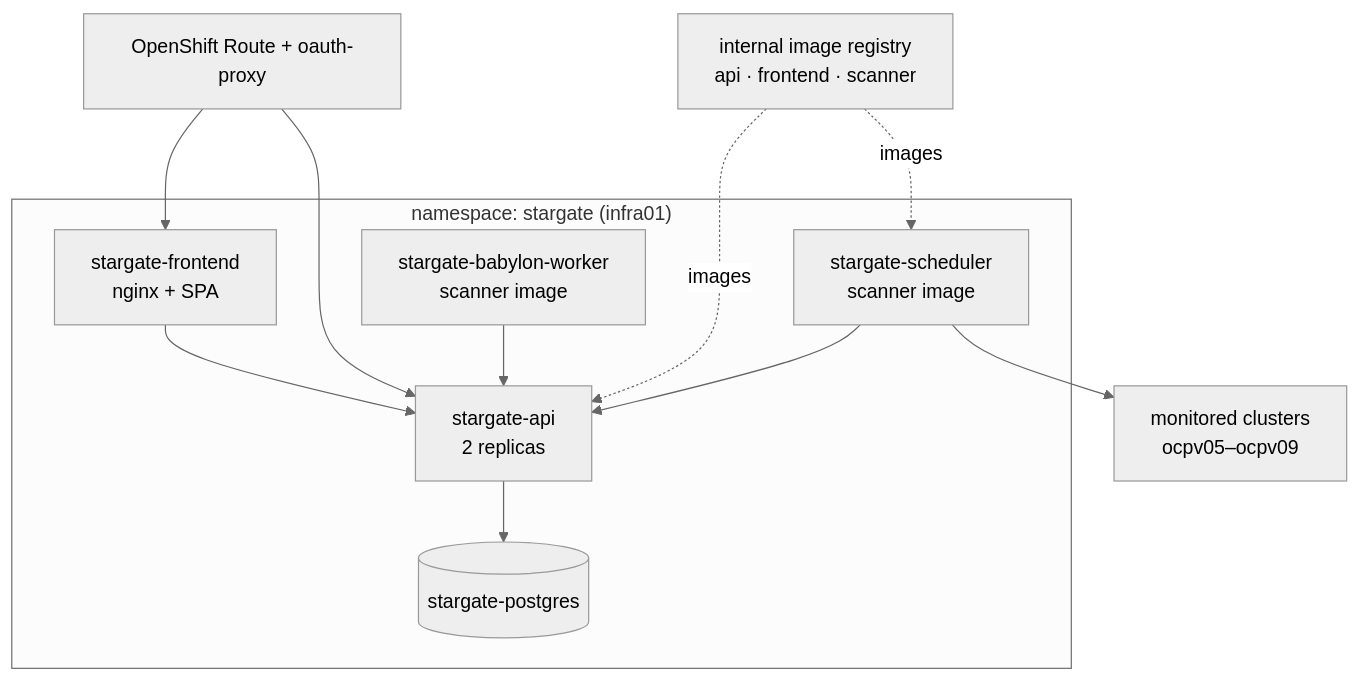
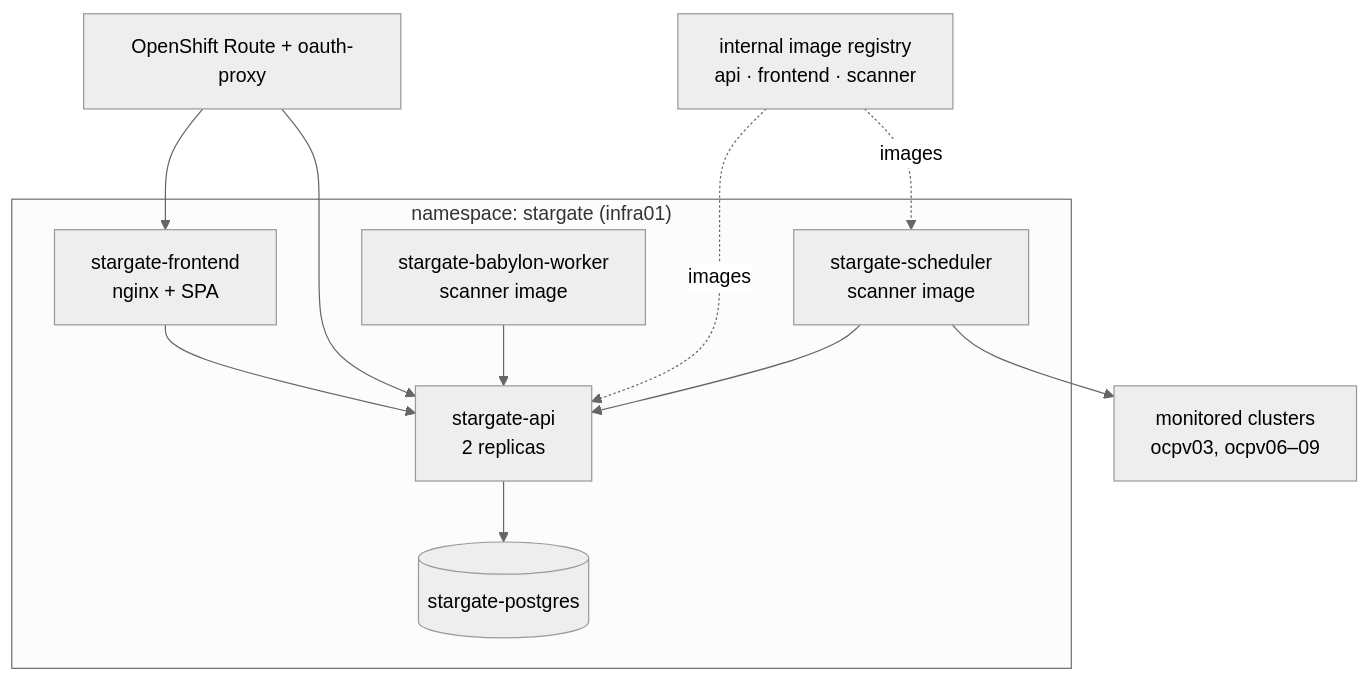
Before and after one commit to rhpds/stargate: the fourth of 4 diagrams in docs/diagrams.md, drawn with Mermaid (neutral theme). The commit also changed other lines of this file and 12 other files, not shown here.

````diff
--- a/docs/diagrams.md
+++ b/docs/diagrams.md
@@ -130,23 +130,23 @@
 ```mermaid
 flowchart TB
   subgraph NS["namespace: stargate (infra01)"]
     FE["stargate-frontend<br/>nginx + SPA"]
     AP["stargate-api<br/>2 replicas"]
     PG[("stargate-postgres")]
     SCHD["stargate-scheduler<br/>scanner image"]
     BW["stargate-babylon-worker<br/>scanner image"]
   end
   REG["internal image registry<br/>api · frontend · scanner"]
   ROUTE["OpenShift Route + oauth-proxy"]
-  CL["monitored clusters<br/>ocpv05–ocpv09"]
+  CL["monitored clusters<br/>ocpv03, ocpv06–09"]
 
   ROUTE --> FE
   ROUTE --> AP
   FE --> AP
   AP --> PG
   SCHD --> AP
   BW --> AP
   SCHD --> CL
   REG -.images.-> AP
   REG -.images.-> SCHD
 ```
````
